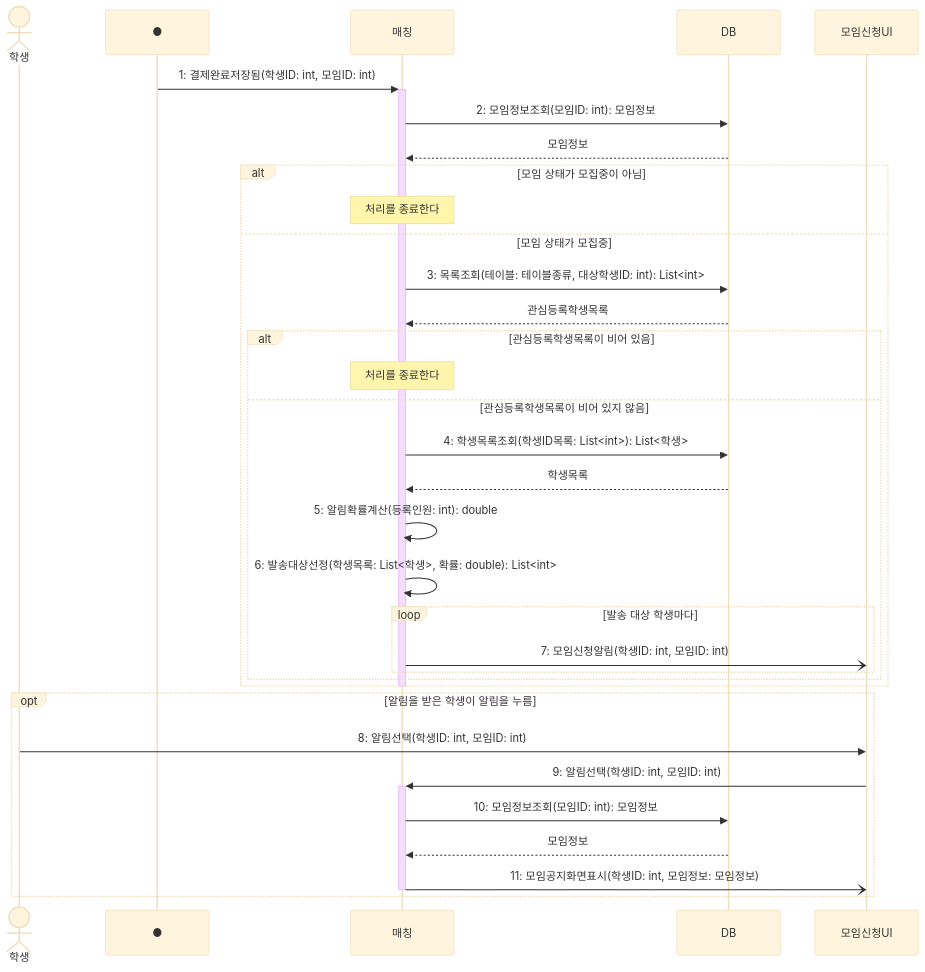
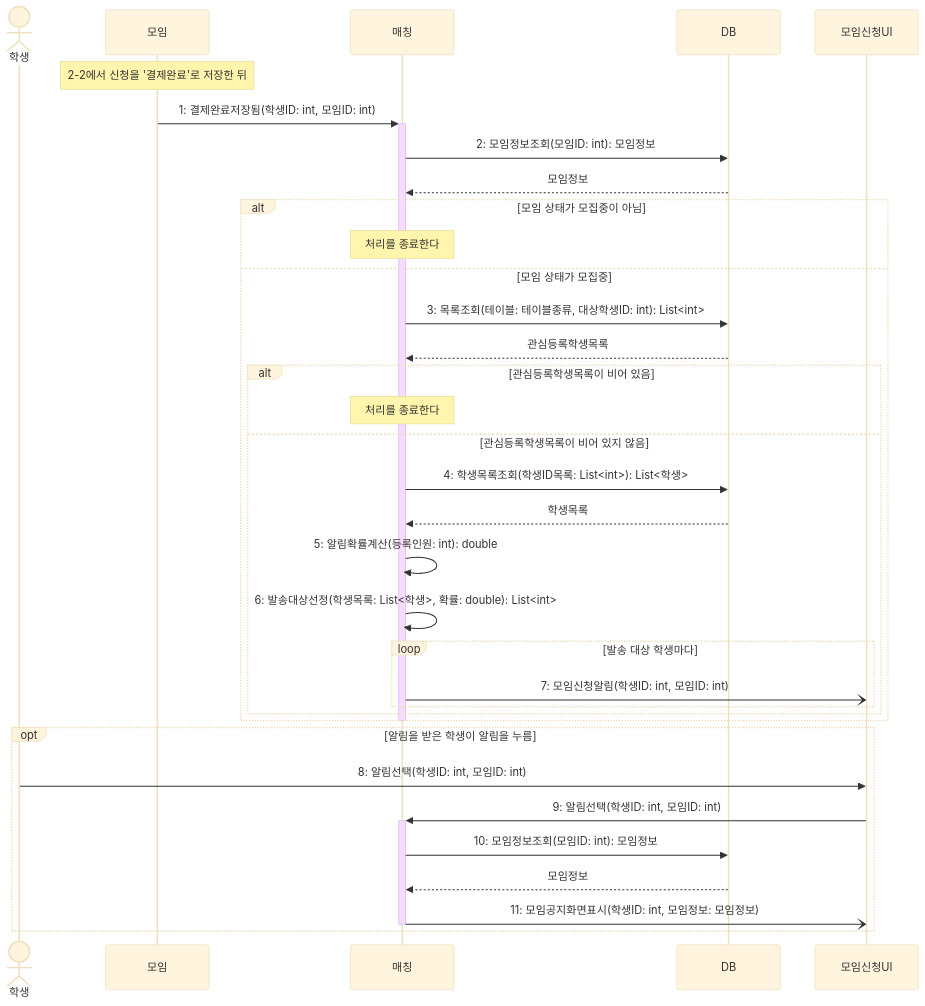
Before and after one commit to hojae3/sw-engineering-16: the first of 2 diagrams in class-diagram/present-03.md, drawn with Mermaid (base theme). The commit also changed other lines of this file, not shown here.

````diff
--- a/class-diagram/present-03.md
+++ b/class-diagram/present-03.md
@@ -16,40 +7,41 @@
 ```mermaid
 sequenceDiagram
     actor 학생
-    participant Found as ●
+    participant 모임 as 모임
     participant 매칭 as 매칭
     participant DB as DB
     participant 화면 as 모임신청UI
 
-    Found->>+매칭: 1: 결제완료저장됨(학생ID: int, 모임ID: int)
+    Note over 모임: 2-2에서 신청을 '결제완료'로 저장한 뒤
+    모임->>+매칭: 1: 결제완료저장됨(학생ID: int, 모임ID: int)
     매칭->>DB: 2: 모임정보조회(모임ID: int): 모임정보
     DB-->>매칭: 모임정보
 
     alt 모임 상태가 모집중이 아님
         Note over 매칭: 처리를 종료한다
     else 모임 상태가 모집중
         매칭->>DB: 3: 목록조회(테이블: 테이블종류, 대상학생ID: int): List<int>
         DB-->>매칭: 관심등록학생목록
         alt 관심등록학생목록이 비어 있음
             Note over 매칭: 처리를 종료한다
         else 관심등록학생목록이 비어 있지 않음
             매칭->>DB: 4: 학생목록조회(학생ID목록: List<int>): List<학생>
             DB-->>매칭: 학생목록
             매칭->>매칭: 5: 알림확률계산(등록인원: int): double
             매칭->>매칭: 6: 발송대상선정(학생목록: List<학생>, 확률: double): List<int>
             loop 발송 대상 학생마다
                 매칭-)화면: 7: 모임신청알림(학생ID: int, 모임ID: int)
             end
         end
     end
     deactivate 매칭
 
     opt 알림을 받은 학생이 알림을 누름
         학생->>화면: 8: 알림선택(학생ID: int, 모임ID: int)
         화면->>+매칭: 9: 알림선택(학생ID: int, 모임ID: int)
         매칭->>DB: 10: 모임정보조회(모임ID: int): 모임정보
         DB-->>매칭: 모임정보
         매칭-)화면: 11: 모임공지화면표시(학생ID: int, 모임정보: 모임정보)
         deactivate 매칭
     end
 ```
````
